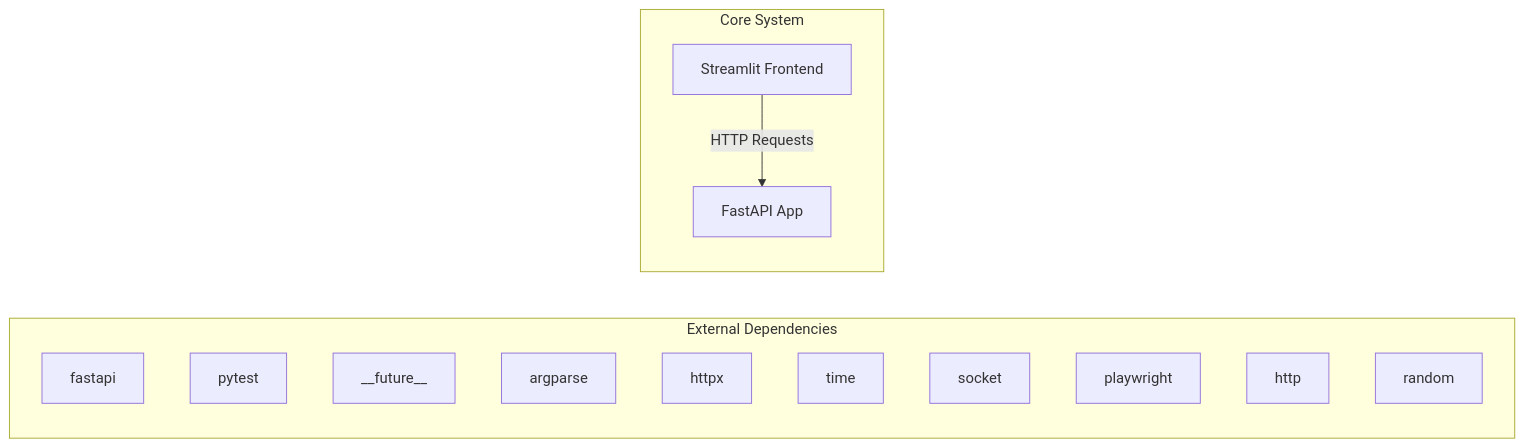
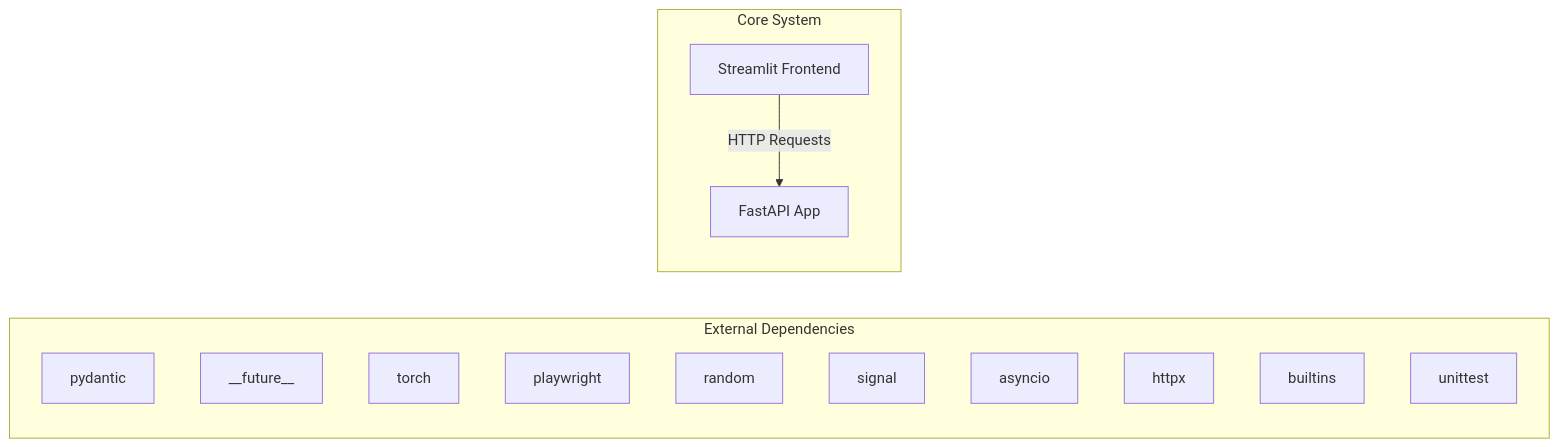
One commit to NITISH-R-G/rag-context-optimizer changed the first of 2 diagrams in docs/architecture.md. Above: the diagram before and after it, drawn with Mermaid. The commit also changed other lines of this file and 1 other file, not shown here.

Commit message:
docs: auto-update repository knowledge, architecture diagrams, and documentation

````diff
--- a/docs/architecture.md
+++ b/docs/architecture.md
@@ -7,20 +7,20 @@
 ```mermaid
 graph LR
     subgraph External Dependencies
-        E0["fastapi"]
-        E1["pytest"]
-        E2["__future__"]
-        E3["argparse"]
-        E4["httpx"]
-        E5["time"]
-        E6["socket"]
-        E7["playwright"]
-        E8["http"]
-        E9["random"]
+        E0["pydantic"]
+        E1["__future__"]
+        E2["torch"]
+        E3["playwright"]
+        E4["random"]
+        E5["signal"]
+        E6["asyncio"]
+        E7["httpx"]
+        E8["builtins"]
+        E9["unittest"]
     end
     subgraph Core System
         API["FastAPI App"]
         UI["Streamlit Frontend"]
     end
     UI -->|HTTP Requests| API
 ```
````
